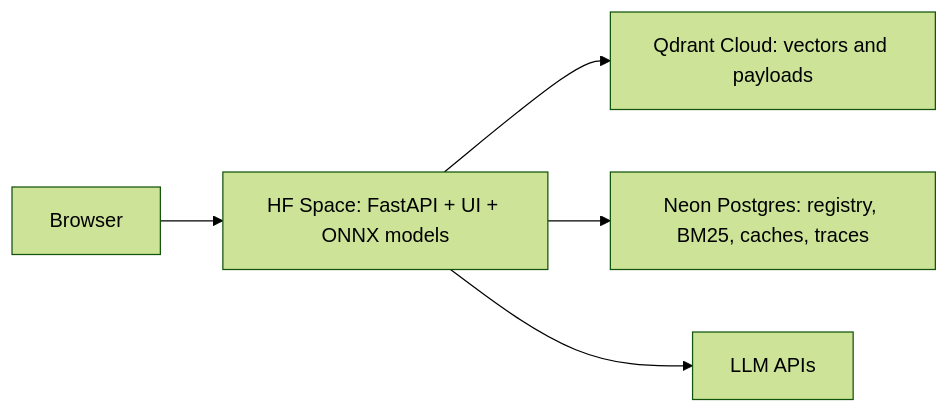
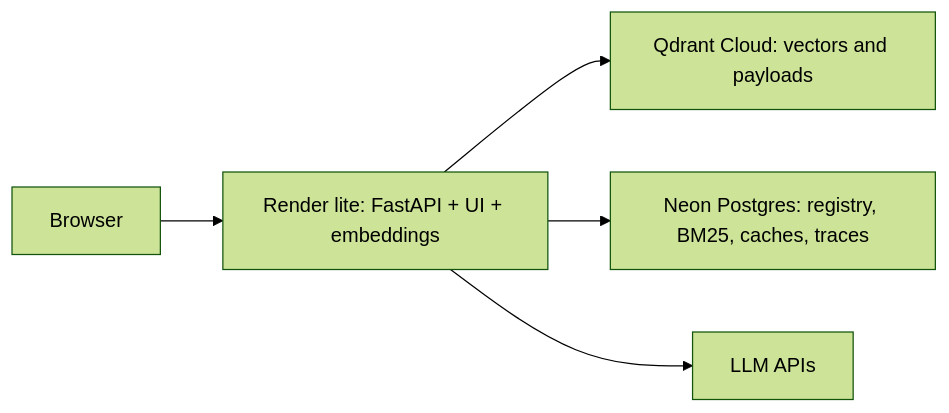
One commit to codalexic/ai-investigation-engine changed the diagram in docs/DEPLOYMENT.md. Above: the diagram before and after it, drawn with Mermaid (forest theme). The commit also changed other lines of this file and 1 other file, not shown here.

Commit message:
docs: deploy the demo on render free with the lite profile

````diff
--- a/docs/DEPLOYMENT.md
+++ b/docs/DEPLOYMENT.md
@@ -3,7 +3,7 @@
 ```mermaid
 flowchart LR
-  Browser --> Space[HF Space: FastAPI + UI + ONNX models]
+  Browser --> Space[Render lite: FastAPI + UI + embeddings]
   Space --> Qdrant[Qdrant Cloud: vectors and payloads]
   Space --> Neon[Neon Postgres: registry, BM25, caches, traces]
   Space --> LLM[LLM APIs]
 ```
````
